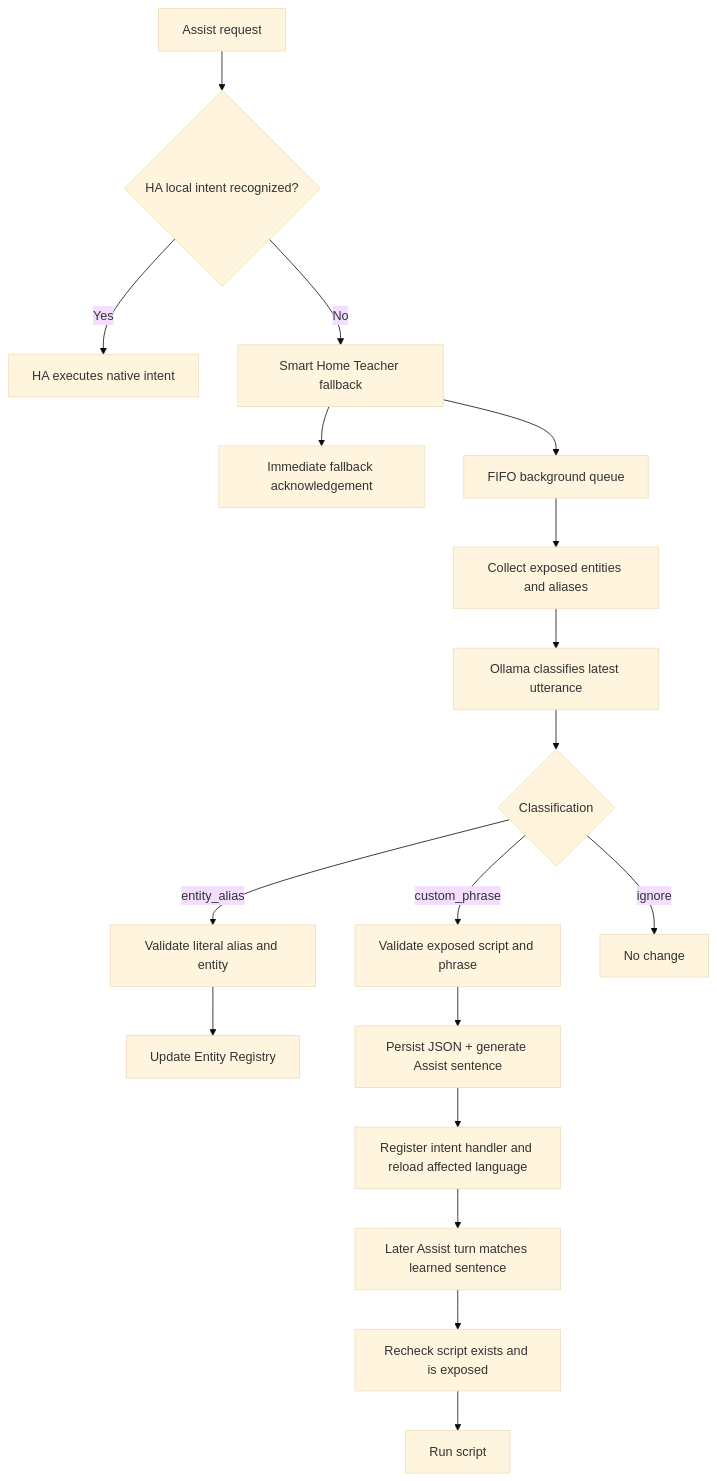
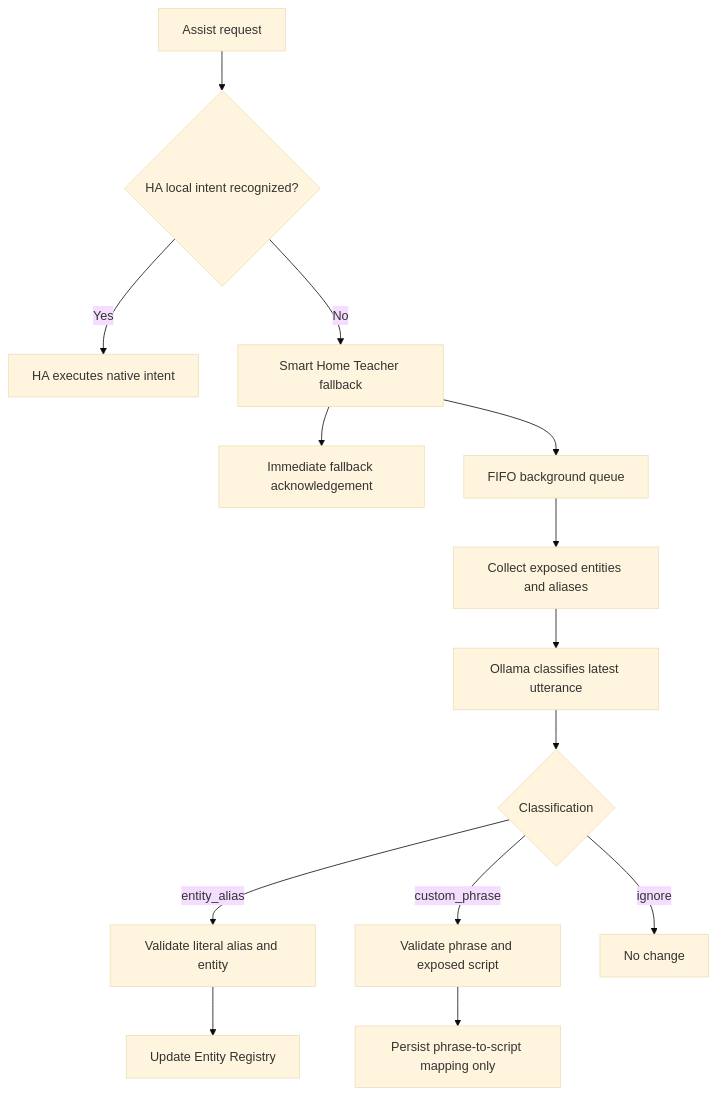
One commit to IharRusak/smart-home-teacher changed the diagram in docs/ARCHITECTURE.md. Above: the diagram before and after it, drawn with Mermaid (base theme). The commit also changed other lines of this file and 10 other files, not shown here.

````diff
--- a/docs/ARCHITECTURE.md
+++ b/docs/ARCHITECTURE.md
@@ -17,20 +17,16 @@
 ```mermaid
 flowchart TD
     A[Assist request] --> B{HA local intent recognized?}
     B -->|Yes| C[HA executes native intent]
     B -->|No| D[Smart Home Teacher fallback]
     D --> E[Immediate fallback acknowledgement]
     D --> F[FIFO background queue]
     F --> G[Collect exposed entities and aliases]
     G --> H[Ollama classifies latest utterance]
     H --> I{Classification}
     I -->|entity_alias| J[Validate literal alias and entity]
     J --> K[Update Entity Registry]
-    I -->|custom_phrase| L[Validate exposed script and phrase]
-    L --> M[Persist JSON + generate Assist sentence]
-    M --> N[Register intent handler and reload affected language]
+    I -->|custom_phrase| L[Validate phrase and exposed script]
+    L --> M[Persist phrase-to-script mapping only]
     I -->|ignore| O[No change]
-    N --> P[Later Assist turn matches learned sentence]
-    P --> Q[Recheck script exists and is exposed]
-    Q --> R[Run script]
 ```
````
